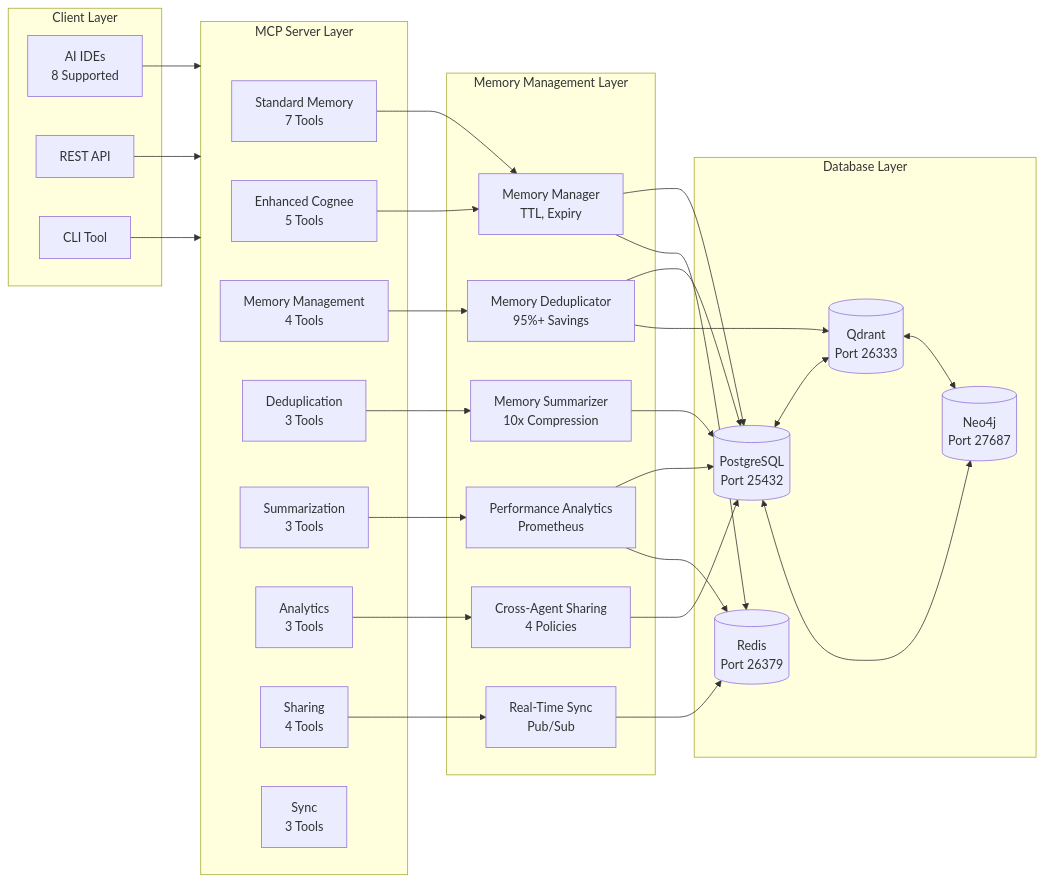
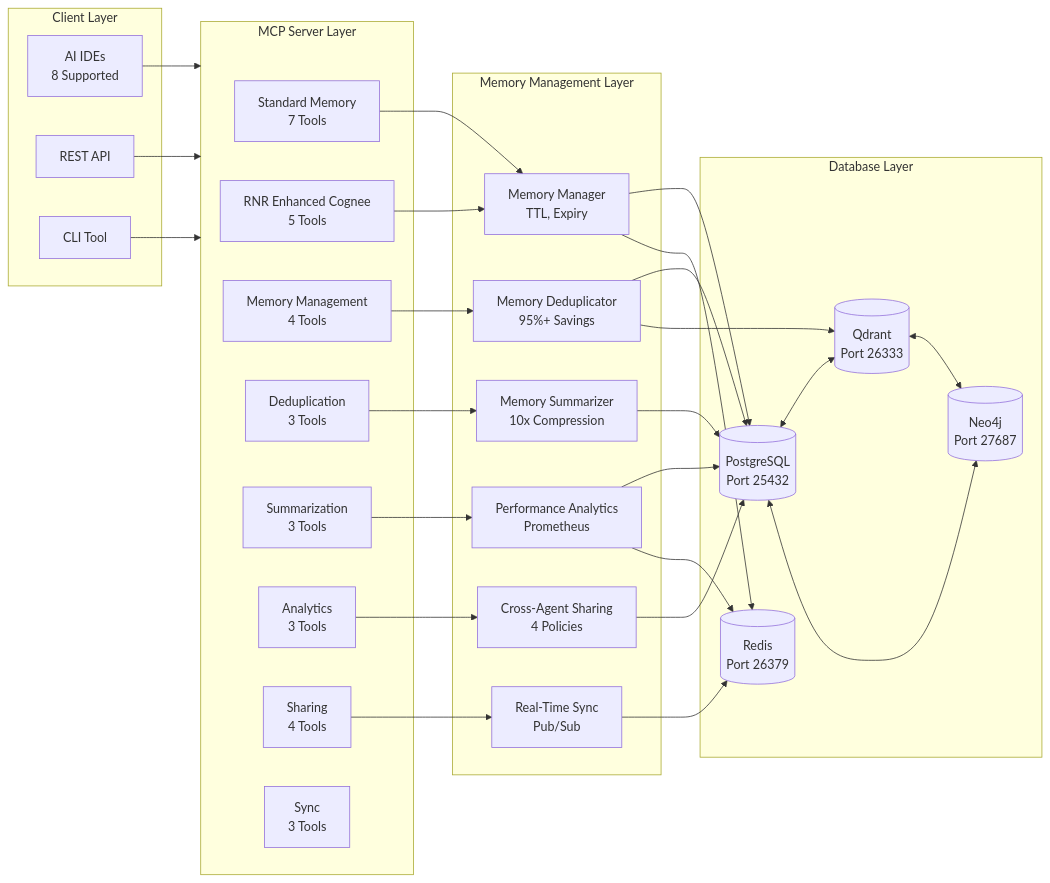
Before and after one commit to vincentspereira/Enhanced-Cognee: the first of 4 diagrams in docs/archive/README_Copy.md, drawn with Mermaid. The commit also changed other lines of this file and 464 other files, not shown here.

First line of the commit message:
chore(rename): rebrand references to RNR Enhanced Cognee

````diff
--- a/docs/archive/README_Copy.md
+++ b/docs/archive/README_Copy.md
@@ -273,61 +273,61 @@
 ```mermaid
 flowchart LR
     subgraph Clients["Client Layer"]
         AIC[AI IDEs<br/>8 Supported]
         API[REST API]
         CLI[CLI Tool]
     end
 
     subgraph MCP["MCP Server Layer"]
         MCP1[Standard Memory<br/>7 Tools]
-        MCP2[Enhanced Cognee<br/>5 Tools]
+        MCP2[RNR Enhanced Cognee<br/>5 Tools]
         MCP3[Memory Management<br/>4 Tools]
         MCP4[Deduplication<br/>3 Tools]
         MCP5[Summarization<br/>3 Tools]
         MCP6[Analytics<br/>3 Tools]
         MCP7[Sharing<br/>4 Tools]
         MCP8[Sync<br/>3 Tools]
     end
 
     subgraph Memory["Memory Management Layer"]
         MM[Memory Manager<br/>TTL, Expiry]
         MD[Memory Deduplicator<br/>95%+ Savings]
         MS[Memory Summarizer<br/>10x Compression]
         PA[Performance Analytics<br/>Prometheus]
         CAS[Cross-Agent Sharing<br/>4 Policies]
         RTS[Real-Time Sync<br/>Pub/Sub]
     end
 
     subgraph DB["Database Layer"]
         PG[(PostgreSQL<br/>Port 25432)]
         QD[(Qdrant<br/>Port 26333)]
         N4[(Neo4j<br/>Port 27687)]
         RD[(Redis<br/>Port 26379)]
     end
 
     AIC --> MCP
     API --> MCP
     CLI --> MCP
 
     MCP1 --> MM
     MCP2 --> MM
     MCP3 --> MD
     MCP4 --> MS
     MCP5 --> PA
     MCP6 --> CAS
     MCP7 --> RTS
 
     MM --> PG
     MM --> RD
     MD --> PG
     MD --> QD
     MS --> PG
     PA --> PG
     PA --> RD
     CAS --> PG
     RTS --> RD
 
     PG <--> QD
     PG <--> N4
     QD <--> N4
 ```
````
